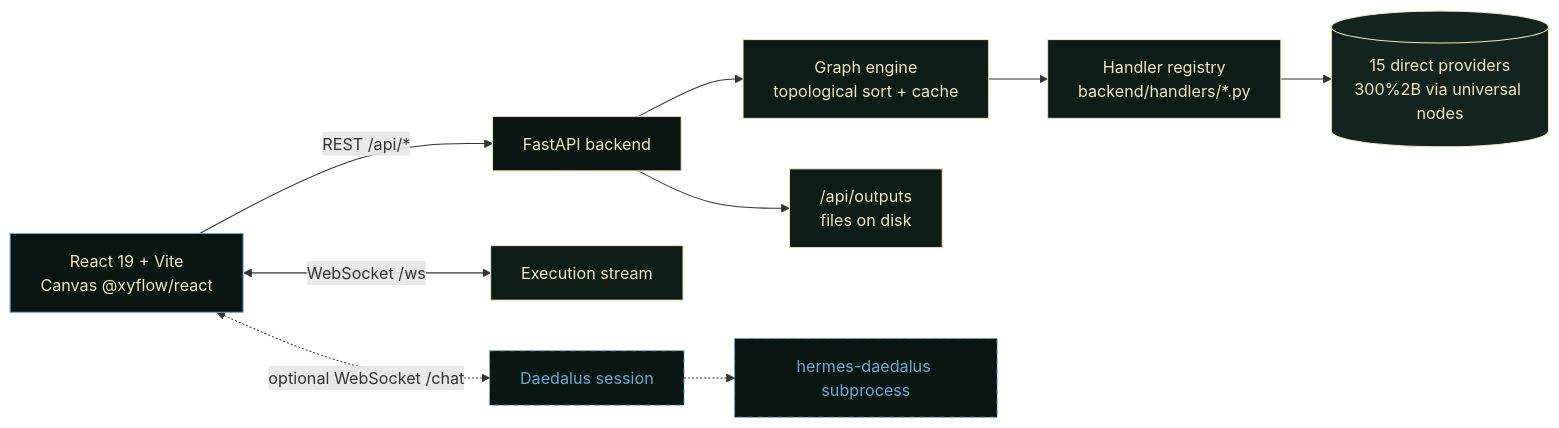
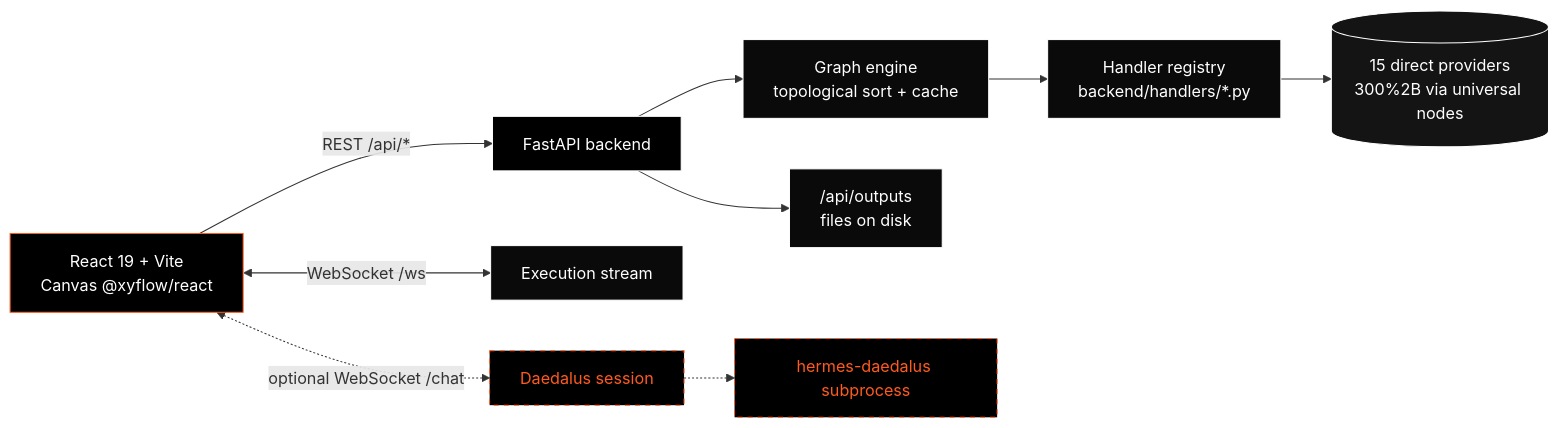
One commit to JustinPerea/nebula-nodes changed the diagram in README.md. Above: the diagram before and after it, drawn with Mermaid. The commit also changed other lines of this file, not shown here.

Commit message:
docs(readme): swap Verdant palette for Slava (orange on black)
Verdant manuscript palette (#0a1612 / #f3e6c4 / #6ba8d6) → Slava restraint
(#000000 / #ffffff / #ff5a1f) across badges and Mermaid architecture
diagram. Hermes Agent / Daedalus references remain — those describe a
runtime dependency, not a visual brand. Bonus: bump stale test-count
badge 632 → 650.

````diff
--- a/README.md
+++ b/README.md
@@ -287,21 +287,21 @@
 ```mermaid
 graph LR
     UI[React 19 + Vite<br/>Canvas @xyflow/react] -->|REST /api/*| API[FastAPI backend]
     UI <-->|WebSocket /ws| WS[Execution stream]
     API --> ENGINE[Graph engine<br/>topological sort + cache]
     ENGINE --> HANDLERS[Handler registry<br/>backend/handlers/*.py]
     HANDLERS --> PROVIDERS[(15 direct providers<br/>300%2B via universal nodes)]
     API --> OUT["/api/outputs<br/>files on disk"]
     UI <-.->|optional WebSocket /chat| CHAT[Daedalus session]
     CHAT -.-> HERMES[hermes-daedalus subprocess]
 
-    style UI fill:#0a1612,color:#f3e6c4,stroke:#6ba8d6
-    style API fill:#0a1612,color:#f3e6c4,stroke:#f3e6c4
-    style ENGINE fill:#0e1c18,color:#f3e6c4,stroke:#f3e6c4
-    style HANDLERS fill:#0e1c18,color:#f3e6c4,stroke:#f3e6c4
-    style PROVIDERS fill:#13231e,color:#f3e6c4,stroke:#f3e6c4
-    style OUT fill:#0e1c18,color:#f3e6c4,stroke:#f3e6c4
-    style WS fill:#0e1c18,color:#f3e6c4,stroke:#f3e6c4
-    style CHAT fill:#0a1612,color:#6ba8d6,stroke:#6ba8d6,stroke-dasharray: 5 5
-    style HERMES fill:#0a1612,color:#6ba8d6,stroke:#6ba8d6,stroke-dasharray: 5 5
+    style UI fill:#000000,color:#ffffff,stroke:#ff5a1f
+    style API fill:#000000,color:#ffffff,stroke:#ffffff
+    style ENGINE fill:#0a0a0a,color:#ffffff,stroke:#ffffff
+    style HANDLERS fill:#0a0a0a,color:#ffffff,stroke:#ffffff
+    style PROVIDERS fill:#141414,color:#ffffff,stroke:#ffffff
+    style OUT fill:#0a0a0a,color:#ffffff,stroke:#ffffff
+    style WS fill:#0a0a0a,color:#ffffff,stroke:#ffffff
+    style CHAT fill:#000000,color:#ff5a1f,stroke:#ff5a1f,stroke-dasharray: 5 5
+    style HERMES fill:#000000,color:#ff5a1f,stroke:#ff5a1f,stroke-dasharray: 5 5
 ```
````
